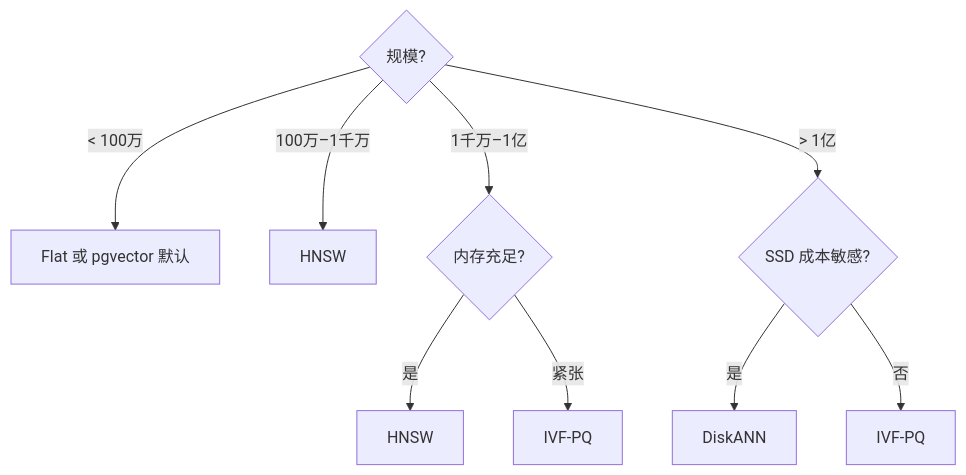
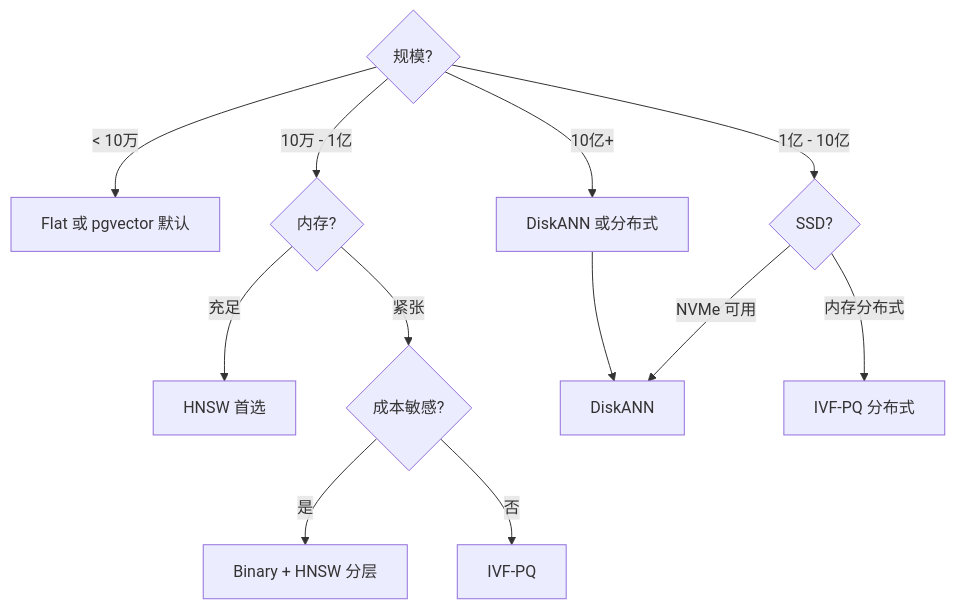
One commit to wangyong9999/lakehouse-wiki changed the diagram in docs/compare/ann-index-comparison.md. Above: the diagram before and after it, drawn with Mermaid. The commit also changed other lines of this file, not shown here.

Commit message:
content(F5c): ANN 索引对比升 A 级 (108 -> 340+ 行，新增 Binary Embedding + 分层策略 + 现实检视)

````diff
--- a/docs/compare/ann-index-comparison.md
+++ b/docs/compare/ann-index-comparison.md
@@ -71,11 +157,18 @@
 ```mermaid
 flowchart TD
-  start{规模?} -->|< 100万| flat[Flat 或 pgvector 默认]
-  start -->|100万–1千万| hnsw1[HNSW]
-  start -->|1千万–1亿| q1{内存充足?}
-  q1 -->|是| hnsw2[HNSW]
-  q1 -->|紧张| ivf1[IVF-PQ]
-  start -->|> 1亿| q2{SSD 成本敏感?}
-  q2 -->|是| disk[DiskANN]
-  q2 -->|否| ivf2[IVF-PQ]
+  start{规模?}
+  start -->|< 10万| flat[Flat 或 pgvector 默认]
+  start -->|10万 - 1亿| hnsw_q{内存?}
+  start -->|1亿 - 10亿| large_q{SSD?}
+  start -->|10亿+| huge[DiskANN 或分布式]
+
+  hnsw_q -->|充足| hnsw1[HNSW 首选]
+  hnsw_q -->|紧张| q1{成本敏感?}
+  q1 -->|是| binary1[Binary + HNSW 分层]
+  q1 -->|否| ivf1[IVF-PQ]
+
+  large_q -->|NVMe 可用| disk[DiskANN]
+  large_q -->|内存分布式| ivf2[IVF-PQ 分布式]
+
+  huge --> disk
 ```
````
